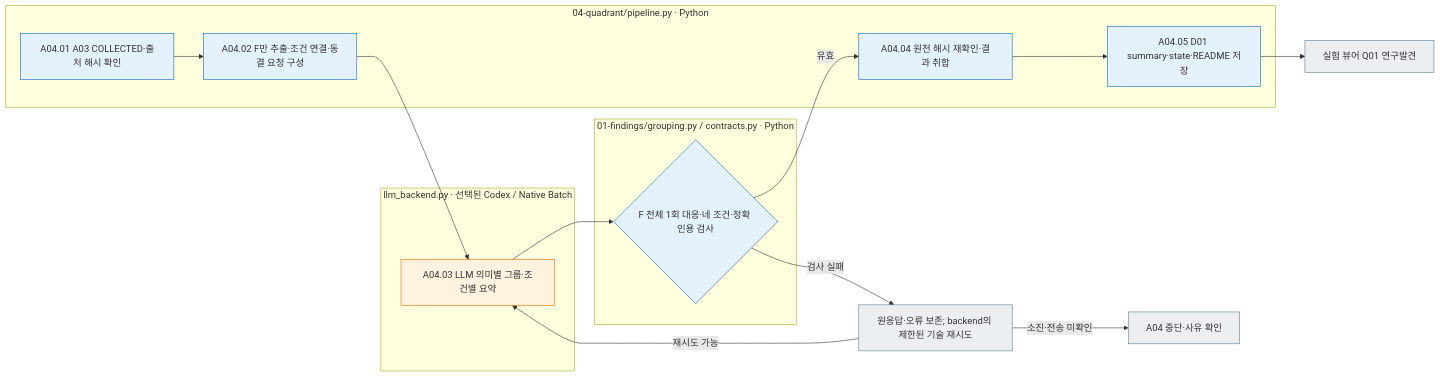
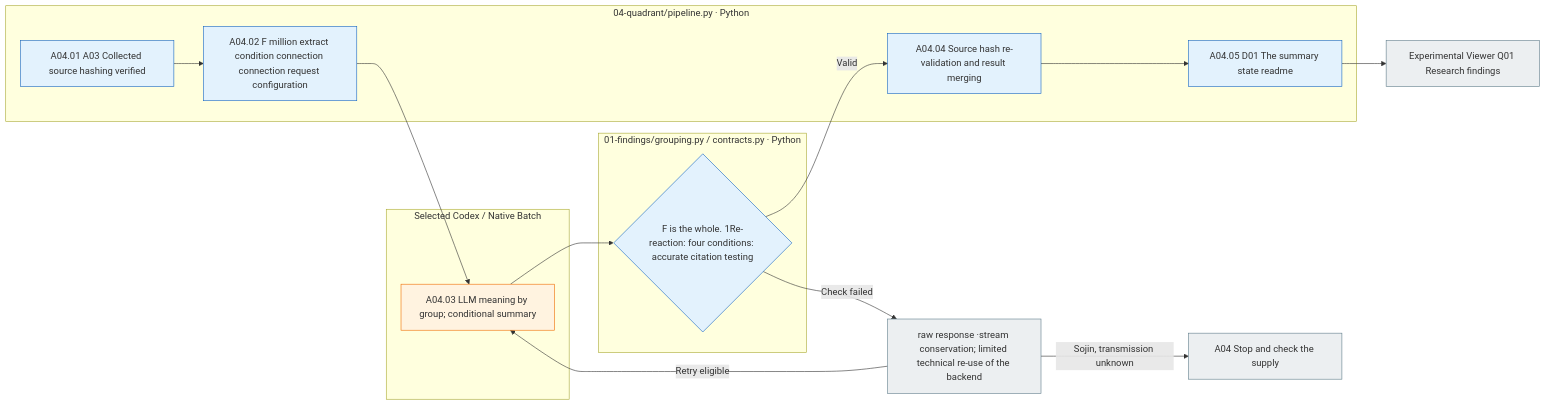
The diagram in src/finarch/documentation/templates/stages/02-experiments/02_analysis/04_quadrant/README.md (pnu-clink/finject), drawn with Mermaid before and after one commit. The commit also changed other lines of this file and 644 other files, not shown here.

````diff
--- a/src/finarch/documentation/templates/stages/02-experiments/02_analysis/04_quadrant/README.md
+++ b/src/finarch/documentation/templates/stages/02-experiments/02_analysis/04_quadrant/README.md
@@ -25,25 +25,25 @@
 ```mermaid
 flowchart LR
  subgraph P["04-quadrant/pipeline.py · Python"]
-  P1["A04.01 A03 COLLECTED·출처 해시 확인"] --> P2["A04.02 F만 추출·조건 연결·동결 요청 구성"]
-  P3["A04.04 원천 해시 재확인·결과 취합"] --> P4["A04.05 D01 summary·state·README 저장"]
+  P1["A04.01 A03 Collected source hashing verified"] --> P2["A04.02 F million extract condition connection connection request configuration"]
+  P3["A04.04 Source hash re-validation and result merging"] --> P4["A04.05 D01 The summary state readme"]
  end
- subgraph B["llm_backend.py · 선택된 Codex / Native Batch"]
-  L["A04.03 LLM 의미별 그룹·조건별 요약"]
+ subgraph B["Selected Codex / Native Batch"]
+  L["A04.03 LLM meaning by group; conditional summary"]
  end
  subgraph G["01-findings/grouping.py / contracts.py · Python"]
-  C{"F 전체 1회 대응·네 조건·정확 인용 검사"}
+  C{"F is the whole. 1Re-reaction: four conditions: accurate citation testing"}
  end
  P2 --> L --> C
- C -->|유효| P3
- C -->|검사 실패| E["원응답·오류 보존; backend의 제한된 기술 재시도"]
- E -->|재시도 가능| L
- E -->|소진·전송 미확인| STOP["A04 중단·사유 확인"]
- P4 --> VIEW["실험 뷰어 Q01 연구발견"]
+ C -->|Valid| P3
+ C -->|Check failed| E["raw response ·stream conservation; limited technical re-use of the backend"]
+ E -->|Retry eligible| L
+ E -->|Sojin, transmission unknown| STOP["A04 Stop and check the supply"]
+ P4 --> VIEW["Experimental Viewer Q01 Research findings"]
  classDef python fill:#e3f2fd,stroke:#1565c0;
  classDef llm fill:#fff3e0,stroke:#ef6c00;
  classDef file fill:#eceff1,stroke:#607d8b;
  class P1,P2,P3,P4,C python;
  class L llm;
  class E,STOP,VIEW file;
 ```
````
